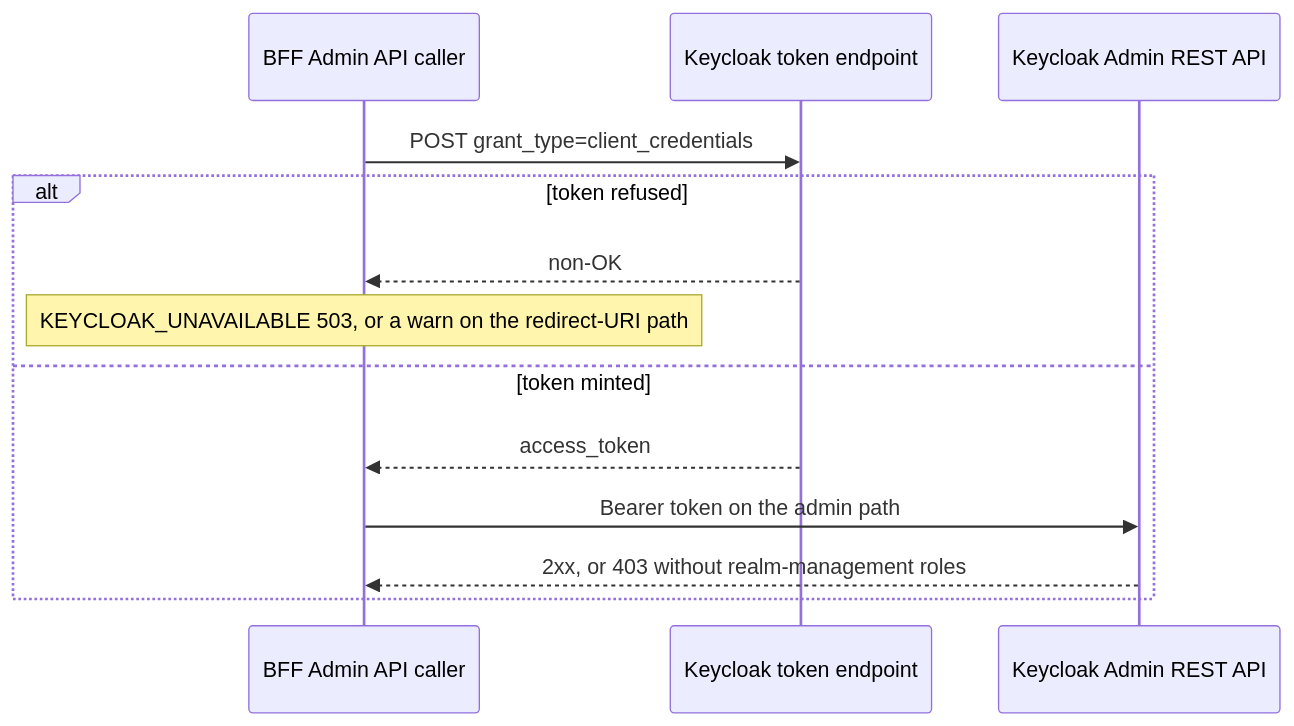
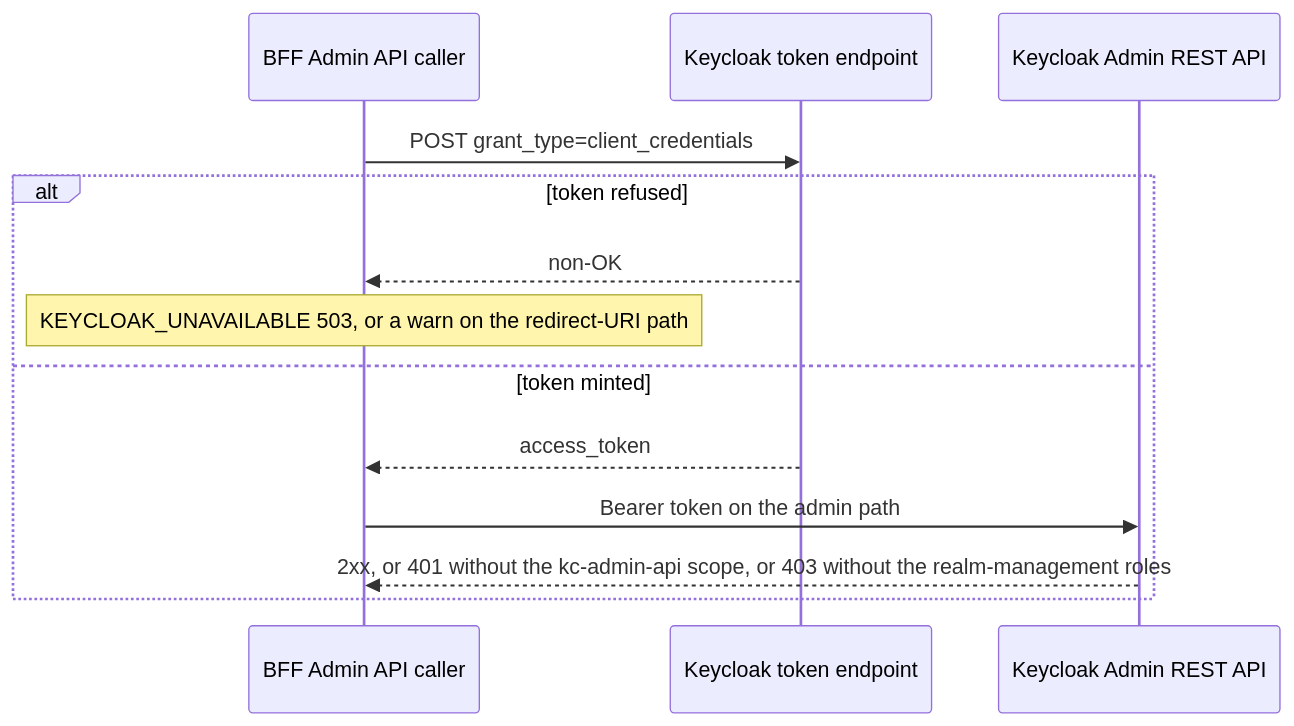
Before and after one commit to jumbleknot/MovieCollectionManager: the first of 2 diagrams in openwiki/gotchas/keycloak-service-account.md, drawn with Mermaid. The commit also changed other lines of this file and 15 other files, not shown here.

````diff
--- a/openwiki/gotchas/keycloak-service-account.md
+++ b/openwiki/gotchas/keycloak-service-account.md
@@ -62,15 +62,15 @@
 ```mermaid
 sequenceDiagram
   participant Caller as BFF Admin API caller
   participant Tok as Keycloak token endpoint
   participant Admin as Keycloak Admin REST API
   Caller->>Tok: POST grant_type=client_credentials
   alt token refused
     Tok-->>Caller: non-OK
     Note over Caller: KEYCLOAK_UNAVAILABLE 503, or a warn on the redirect-URI path
   else token minted
     Tok-->>Caller: access_token
     Caller->>Admin: Bearer token on the admin path
-    Admin-->>Caller: 2xx, or 403 without realm-management roles
+    Admin-->>Caller: 2xx, or 401 without the kc-admin-api scope, or 403 without the realm-management roles
   end
 ```
````
